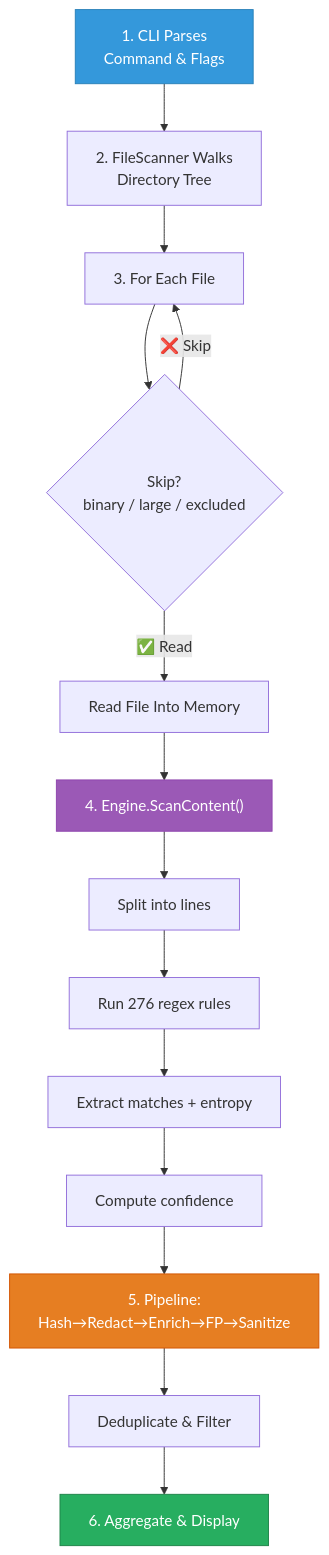
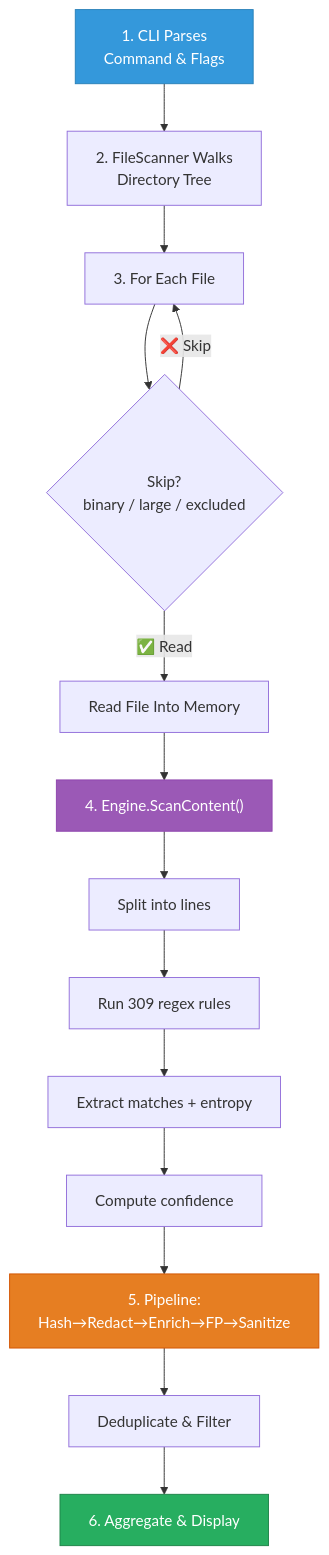
Before and after one commit to svemulapati/CredVigil: diagram 24 of 37 in docs/training/01-core-detection-engine.md, drawn with Mermaid. The commit also changed other lines of this file and 2 other files, not shown here.

First line of the commit message:
feat(rules): add 33 modern AI/ML and developer infrastructure detection rules

````diff
--- a/docs/training/01-core-detection-engine.md
+++ b/docs/training/01-core-detection-engine.md
@@ -1349,20 +1351,20 @@
 ```mermaid
 flowchart TD
     A["1. CLI Parses\nCommand & Flags"] --> B["2. FileScanner Walks\nDirectory Tree"]
     B --> C["3. For Each File"]
     C --> D{"Skip?\nbinary / large / excluded"}
     D -->|"❌ Skip"| C
     D -->|"✅ Read"| E["Read File Into Memory"]
     E --> F["4. Engine.ScanContent()"]
     F --> G["Split into lines"]
-    G --> H["Run 276 regex rules"]
+    G --> H["Run 309 regex rules"]
     H --> I["Extract matches + entropy"]
     I --> J["Compute confidence"]
     J --> K["5. Pipeline:\nHash→Redact→Enrich→FP→Sanitize"]
     K --> L["Deduplicate & Filter"]
     L --> M["6. Aggregate & Display"]
     style A fill:#3498DB,stroke:#2980B9,color:#fff
     style F fill:#9B59B6,stroke:#8E44AD,color:#fff
     style K fill:#E67E22,stroke:#D35400,color:#fff
     style M fill:#27AE60,stroke:#1E8449,color:#fff
 ```
````
